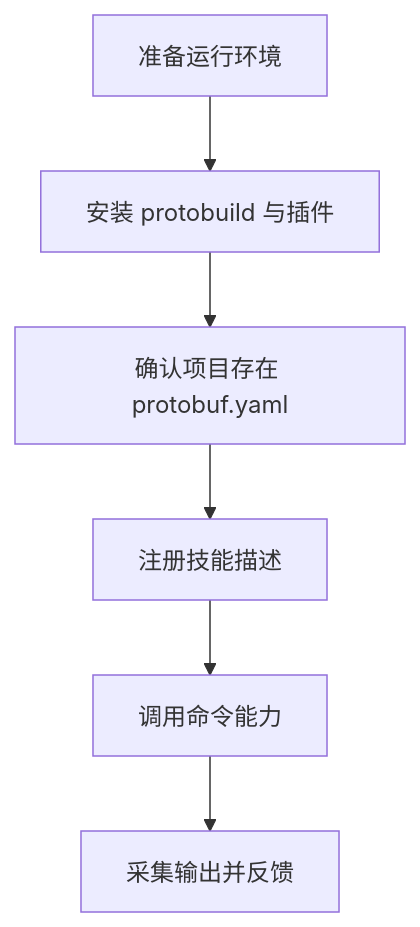
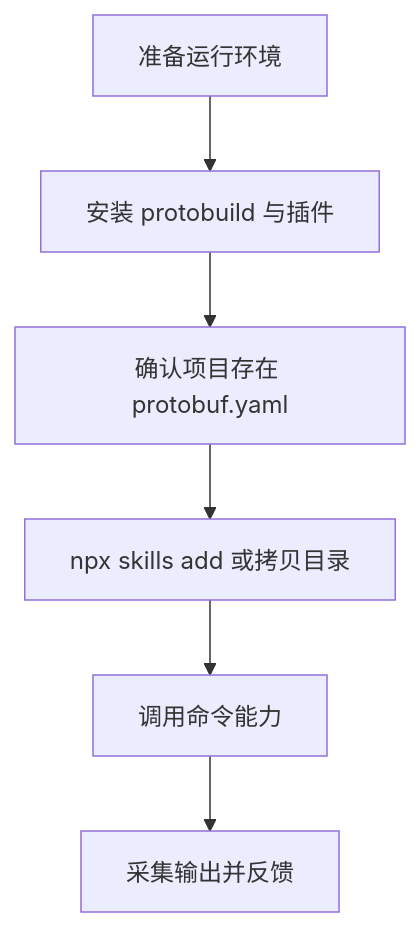
One commit to pubgo/protobuild changed the first of 2 diagrams in docs/AGENT_SKILL.md. Above: the diagram before and after it, drawn with Mermaid. The commit also changed other lines of this file and 4 other files, not shown here.

````diff
--- a/docs/AGENT_SKILL.md
+++ b/docs/AGENT_SKILL.md
@@ -12,8 +28,8 @@
 ```mermaid
 flowchart TD
   A[准备运行环境] --> B[安装 protobuild 与插件]
   B --> C[确认项目存在 protobuf.yaml]
-  C --> D[注册技能描述]
+  C --> D[npx skills add 或拷贝目录]
   D --> E[调用命令能力]
   E --> F[采集输出并反馈]
 ```
````
